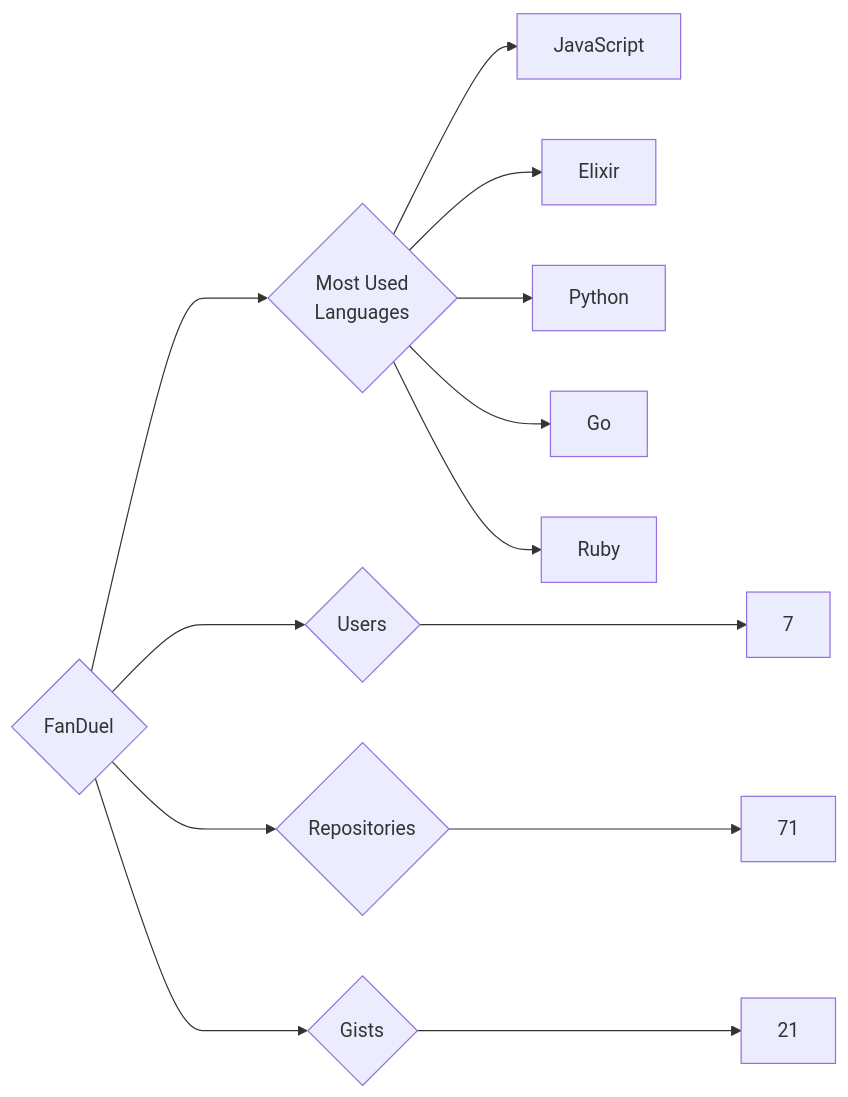
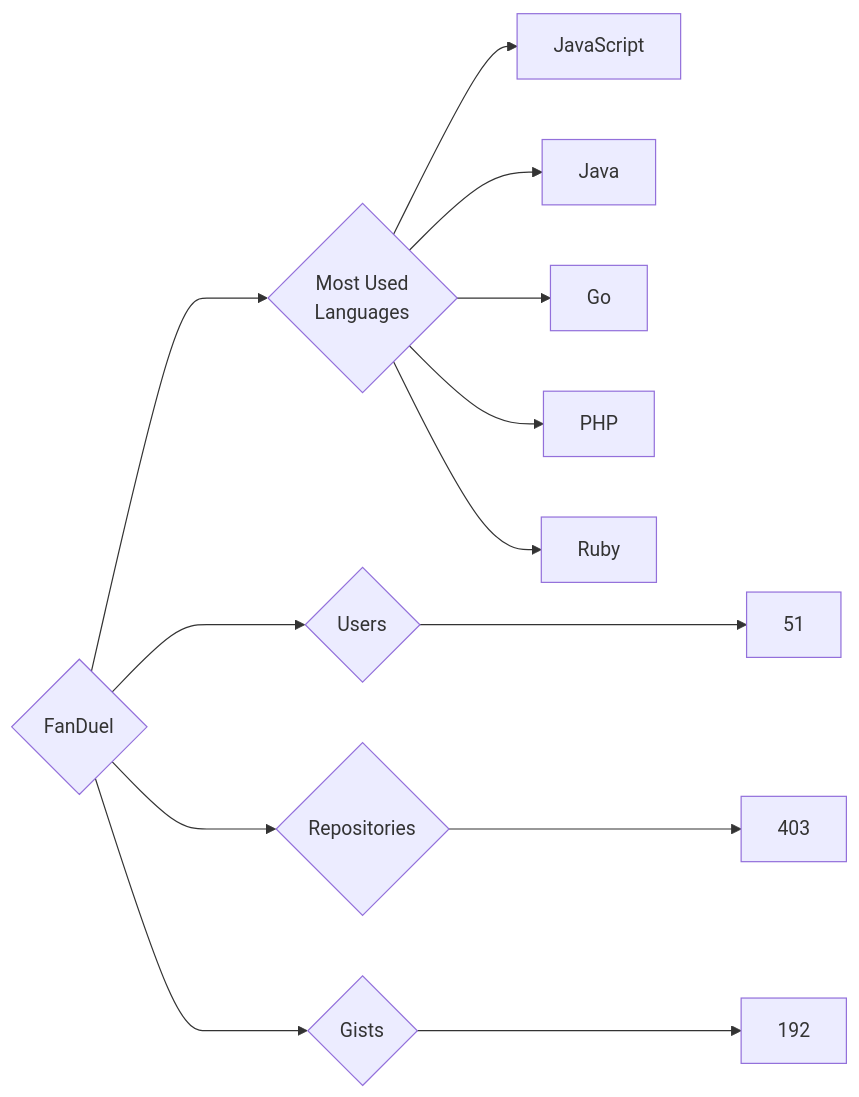
The diagram in targets/FanDuel/README.md (trickest/insiders), drawn with Mermaid before and after one commit. The commit also changed 749 other files, not shown here.

````diff
--- a/targets/FanDuel/README.md
+++ b/targets/FanDuel/README.md
@@ -3,13 +3,13 @@
 ```mermaid
 graph LR
 COMPANY_NAME{FanDuel}
-COMPANY_NAME ---> U{Users} ---> UN[7]
-COMPANY_NAME ---> R{Repositories} ---> RN[71]
-COMPANY_NAME ---> G{Gists} ---> GN[21]
+COMPANY_NAME ---> U{Users} ---> UN[51]
+COMPANY_NAME ---> R{Repositories} ---> RN[403]
+COMPANY_NAME ---> G{Gists} ---> GN[192]
 COMPANY_NAME ---> ML{Most Used<br>Languages}
 ML --> JavaScript[JavaScript]
-ML --> Elixir[Elixir]
-ML --> Python[Python]
+ML --> Java[Java]
 ML --> Go[Go]
+ML --> PHP[PHP]
 ML --> Ruby[Ruby]
 ```
````
